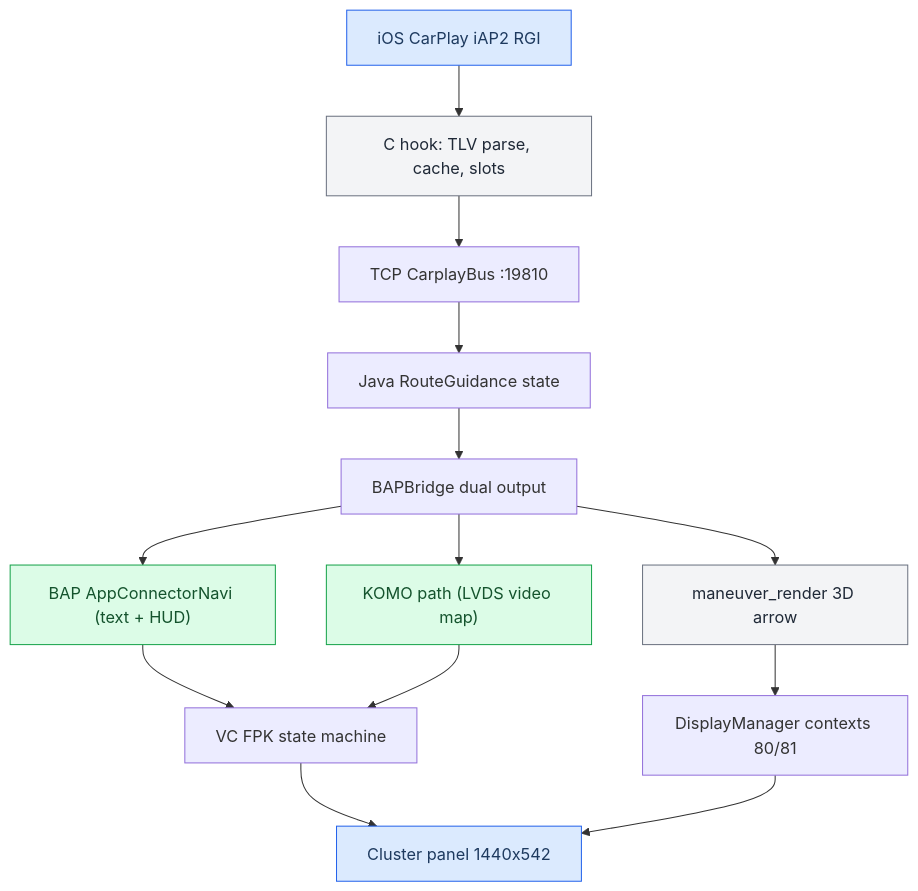
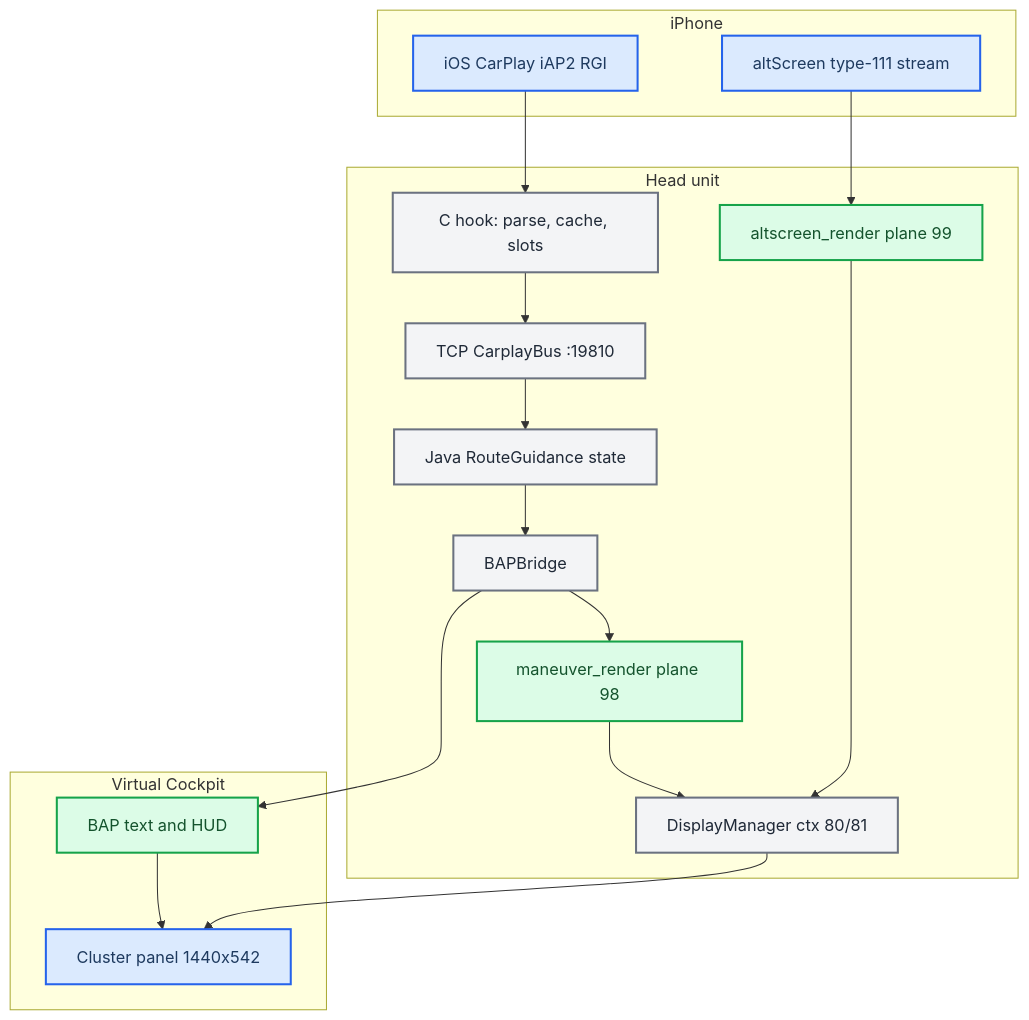
Before and after one commit to luka-dev/mib2q-carplay-rgi: the diagram in docs-obsidian/Cluster and RGI/Cluster and RGI MOC.md, drawn with Mermaid. The commit also changed other lines of this file and 43 other files, not shown here.

````diff
--- a/docs-obsidian/Cluster and RGI/Cluster and RGI MOC.md
+++ b/docs-obsidian/Cluster and RGI/Cluster and RGI MOC.md
@@ -17,28 +19,33 @@
 ```mermaid
 flowchart TB
   accTitle: CarPlay RGI cluster pipeline
-  accDescr: iAP2 route guidance through the C hook and TCP bus into Java, split to BAP text and the KOMO LVDS map, to the VC FPK state machine and the cluster display.
-  ios["iOS CarPlay iAP2 RGI"]
-  hook["C hook: TLV parse, cache, slots"]
-  bus["TCP CarplayBus :19810"]
-  rg["Java RouteGuidance state"]
-  bridge["BAPBridge dual output"]
-  bap["BAP AppConnectorNavi (text + HUD)"]
-  komo["KOMO path (LVDS video map)"]
-  render["maneuver_render 3D arrow"]
-  fpk["VC FPK state machine"]
-  dm["DisplayManager contexts 80/81"]
-  cluster["Cluster panel 1440x542"]
+  accDescr: iAP2 route guidance goes through the C hook and TCP bus into Java BAPBridge, then to BAP text and HUD and to maneuver_render, while the phone's altScreen stream feeds the map plane, all composed by DisplayManager contexts on the cluster.
+  subgraph phone_side ["iPhone"]
+    ios["iOS CarPlay iAP2 RGI"]
+    stream["altScreen type-111 stream"]
+  end
+  subgraph hu_side ["Head unit"]
+    hook["C hook: parse, cache, slots"]
+    bus["TCP CarplayBus :19810"]
+    rg["Java RouteGuidance state"]
+    bridge["BAPBridge"]
+    render["maneuver_render plane 98"]
+    alt["altscreen_render plane 99"]
+    dm["DisplayManager ctx 80/81"]
+  end
+  subgraph vc_side ["Virtual Cockpit"]
+    bap["BAP text and HUD"]
+    cluster["Cluster panel 1440x542"]
+  end
   ios --> hook --> bus --> rg --> bridge
-  bridge --> bap --> fpk
-  bridge --> komo --> fpk
+  bridge --> bap --> cluster
   bridge --> render --> dm
-  fpk --> cluster
+  stream --> alt --> dm
   dm --> cluster
-  class ios,cluster primary
-  class bap,komo success
-  class hook,render neutral
-  classDef primary fill:#dbeafe,stroke:#2563eb,color:#1e3a5f
-  classDef success fill:#dcfce7,stroke:#16a34a,color:#14532d
-  classDef neutral fill:#f3f4f6,stroke:#6b7280,color:#1f2937
+  classDef primary fill:#dbeafe,stroke:#2563eb,stroke-width:2px,color:#1e3a5f
+  classDef success fill:#dcfce7,stroke:#16a34a,stroke-width:2px,color:#14532d
+  classDef neutral fill:#f3f4f6,stroke:#6b7280,stroke-width:2px,color:#1f2937
+  class ios,stream,cluster primary
+  class bap,render,alt success
+  class hook,bus,rg,bridge,dm neutral
 ```
````
